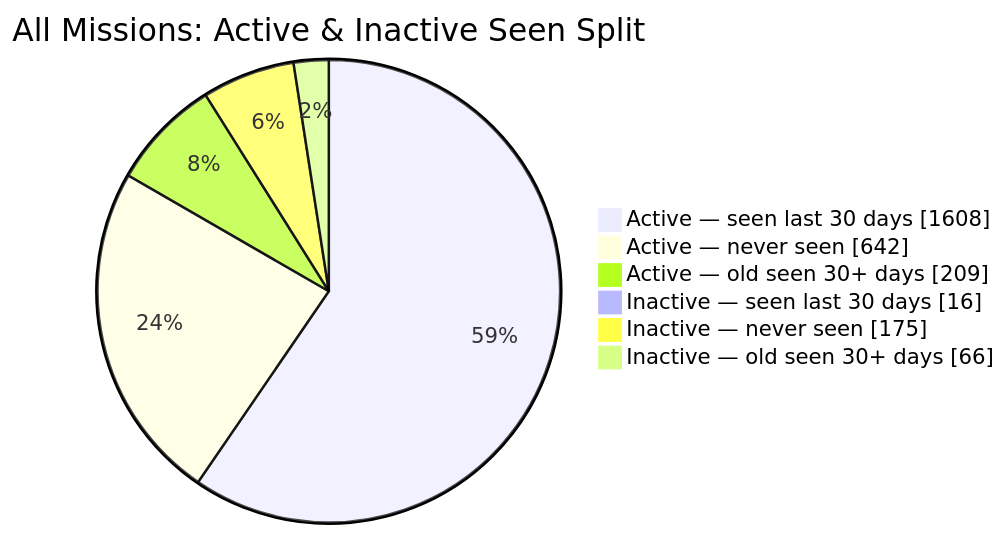
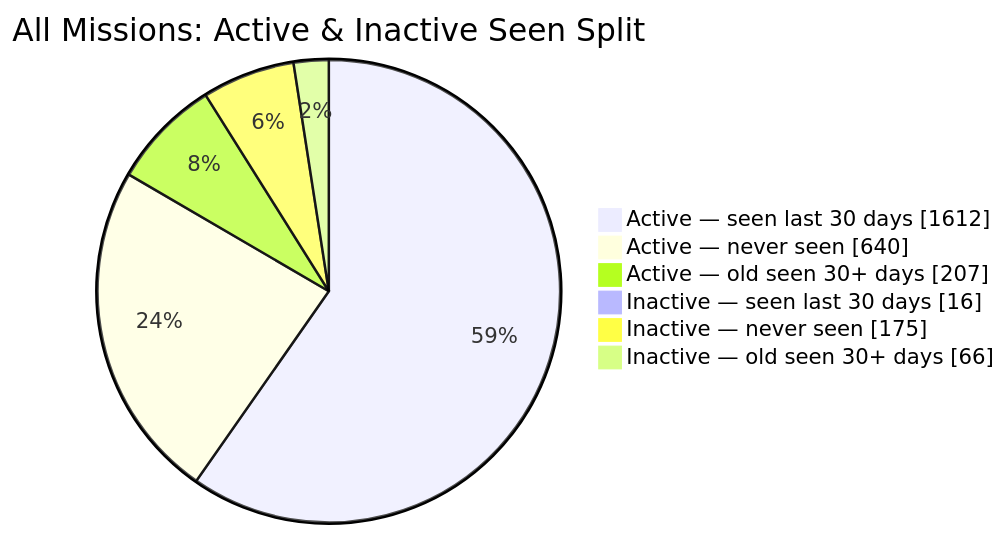
The second of 2 diagrams in README.md (MeldkamerspelGameTeam/active-missions), drawn with Mermaid before and after one commit. The commit also changed other lines of this file and 3 other files, not shown here.

````diff
--- a/README.md
+++ b/README.md
@@ -44,10 +44,10 @@
 ```mermaid
 pie showData
     title All Missions: Active & Inactive Seen Split
-    "Active — seen last 30 days" : 1608
-    "Active — never seen" : 642
-    "Active — old seen 30+ days" : 209
+    "Active — seen last 30 days" : 1612
+    "Active — never seen" : 640
+    "Active — old seen 30+ days" : 207
     "Inactive — seen last 30 days" : 16
     "Inactive — never seen" : 175
     "Inactive — old seen 30+ days" : 66
 ```
````
